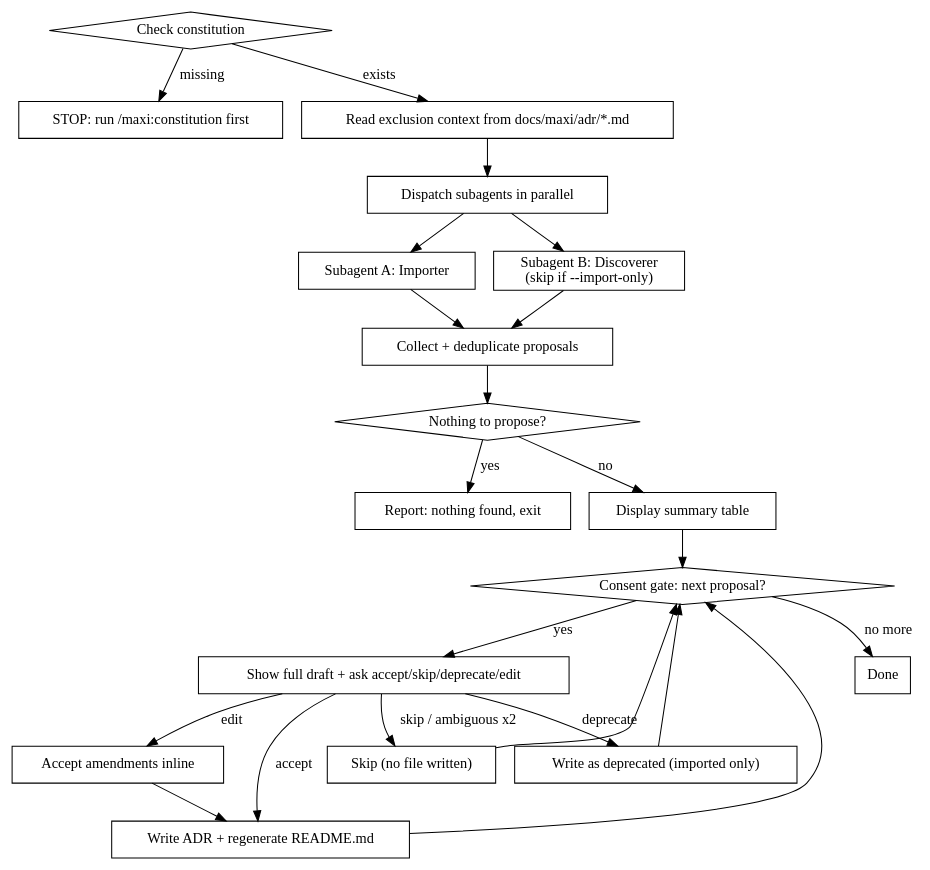
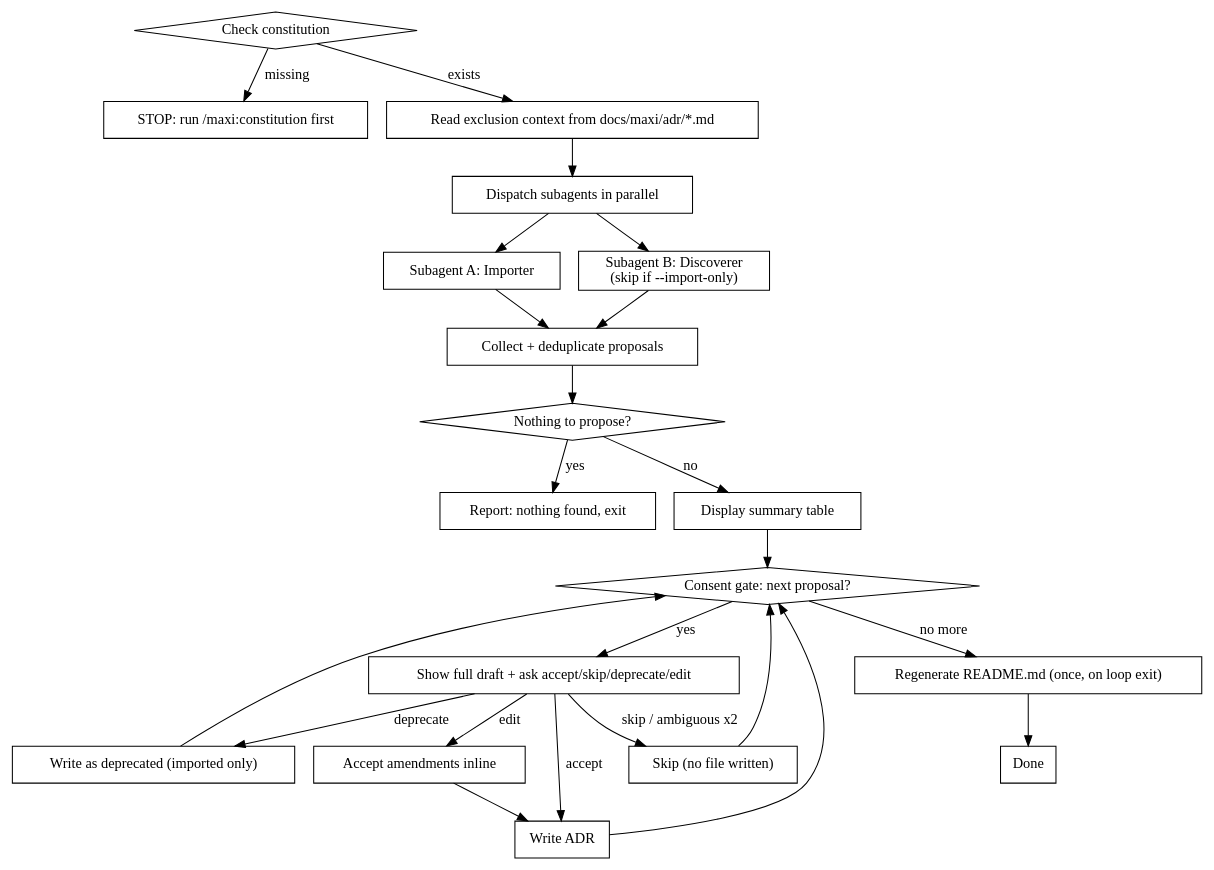
One commit to amoutiers/maxi-superpowers changed the diagram in skills/migrate-adr/SKILL.md. Above: the diagram before and after it, drawn with Graphviz. The commit also changed other lines of this file and 1 other file, not shown here.

Commit message:
fix(migrate-adr): clear stale per-write README regen refs (code review)
Code review found two leftover references contradicting FR-021's
regenerate-once rule: the Common Mistakes row and the Process digraph node.
Reword both and add assert_not_grep guards so the regression can't recur.

````diff
--- a/skills/migrate-adr/SKILL.md
+++ b/skills/migrate-adr/SKILL.md
@@ -39,43 +39,45 @@
 ```dot
 digraph migrate_adr {
     "Check constitution" [shape=diamond];
     "STOP: run /maxi:constitution first" [shape=box];
     "Read exclusion context from docs/maxi/adr/*.md" [shape=box];
     "Dispatch subagents in parallel" [shape=box];
     "Subagent A: Importer" [shape=box];
     "Subagent B: Discoverer\n(skip if --import-only)" [shape=box];
     "Collect + deduplicate proposals" [shape=box];
     "Nothing to propose?" [shape=diamond];
     "Report: nothing found, exit" [shape=box];
     "Display summary table" [shape=box];
     "Consent gate: next proposal?" [shape=diamond];
     "Show full draft + ask accept/skip/deprecate/edit" [shape=box];
     "Accept amendments inline" [shape=box];
-    "Write ADR + regenerate README.md" [shape=box];
+    "Write ADR" [shape=box];
     "Skip (no file written)" [shape=box];
     "Write as deprecated (imported only)" [shape=box];
+    "Regenerate README.md (once, on loop exit)" [shape=box];
     "Done" [shape=box];
 
     "Check constitution" -> "STOP: run /maxi:constitution first" [label="missing"];
     "Check constitution" -> "Read exclusion context from docs/maxi/adr/*.md" [label="exists"];
     "Read exclusion context from docs/maxi/adr/*.md" -> "Dispatch subagents in parallel";
     "Dispatch subagents in parallel" -> "Subagent A: Importer";
     "Dispatch subagents in parallel" -> "Subagent B: Discoverer\n(skip if --import-only)";
     "Subagent A: Importer" -> "Collect + deduplicate proposals";
     "Subagent B: Discoverer\n(skip if --import-only)" -> "Collect + deduplicate proposals";
     "Collect + deduplicate proposals" -> "Nothing to propose?";
     "Nothing to propose?" -> "Report: nothing found, exit" [label="yes"];
     "Nothing to propose?" -> "Display summary table" [label="no"];
     "Display summary table" -> "Consent gate: next proposal?";
     "Consent gate: next proposal?" -> "Show full draft + ask accept/skip/deprecate/edit" [label="yes"];
-    "Show full draft + ask accept/skip/deprecate/edit" -> "Write ADR + regenerate README.md" [label="accept"];
+    "Show full draft + ask accept/skip/deprecate/edit" -> "Write ADR" [label="accept"];
     "Show full draft + ask accept/skip/deprecate/edit" -> "Accept amendments inline" [label="edit"];
-    "Accept amendments inline" -> "Write ADR + regenerate README.md";
+    "Accept amendments inline" -> "Write ADR";
     "Show full draft + ask accept/skip/deprecate/edit" -> "Skip (no file written)" [label="skip / ambiguous x2"];
     "Show full draft + ask accept/skip/deprecate/edit" -> "Write as deprecated (imported only)" [label="deprecate"];
-    "Write ADR + regenerate README.md" -> "Consent gate: next proposal?";
+    "Write ADR" -> "Consent gate: next proposal?";
     "Skip (no file written)" -> "Consent gate: next proposal?";
     "Write as deprecated (imported only)" -> "Consent gate: next proposal?";
-    "Consent gate: next proposal?" -> "Done" [label="no more"];
+    "Consent gate: next proposal?" -> "Regenerate README.md (once, on loop exit)" [label="no more"];
+    "Regenerate README.md (once, on loop exit)" -> "Done";
 }
 ```
````
